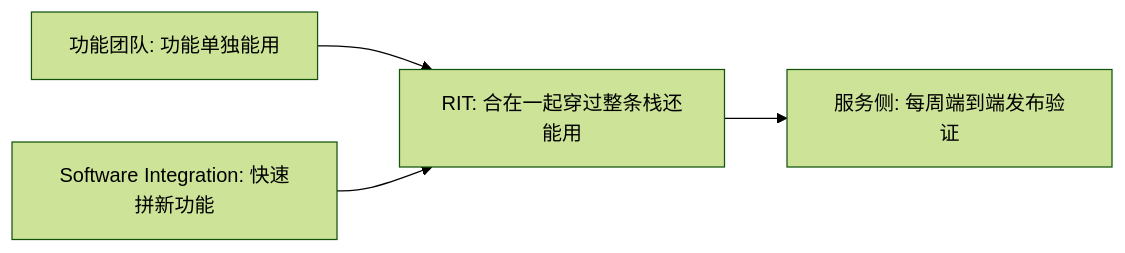
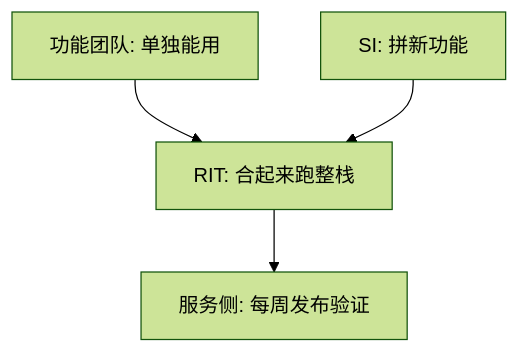
Before and after one commit to ChiChasesCheese/trellis: the diagram in vault/interviews/companies/cerebras/deck/cards/role/cbr-role-boundary.md, drawn with Mermaid (forest theme). The commit also changed 27 other files, not shown here.

First line of the commit message:
Cerebras HM prep: phone-sized diagrams and two corrected facts in the 100 cards for the hiring-manager round

````diff
--- a/vault/interviews/companies/cerebras/deck/cards/role/cbr-role-boundary.md
+++ b/vault/interviews/companies/cerebras/deck/cards/role/cbr-role-boundary.md
@@ -23,6 +23,6 @@
 ```mermaid
-flowchart LR
-    F["功能团队: 功能单独能用"] --> RIT
-    SI["Software Integration: 快速拼新功能"] --> RIT["RIT: 合在一起穿过整条栈还能用"]
-    RIT --> S["服务侧: 每周端到端发布验证"]
+flowchart TD
+    F["功能团队: 单独能用"] --> RIT
+    SI["SI: 拼新功能"] --> RIT["RIT: 合起来跑整栈"]
+    RIT --> S["服务侧: 每周发布验证"]
 ```
````
